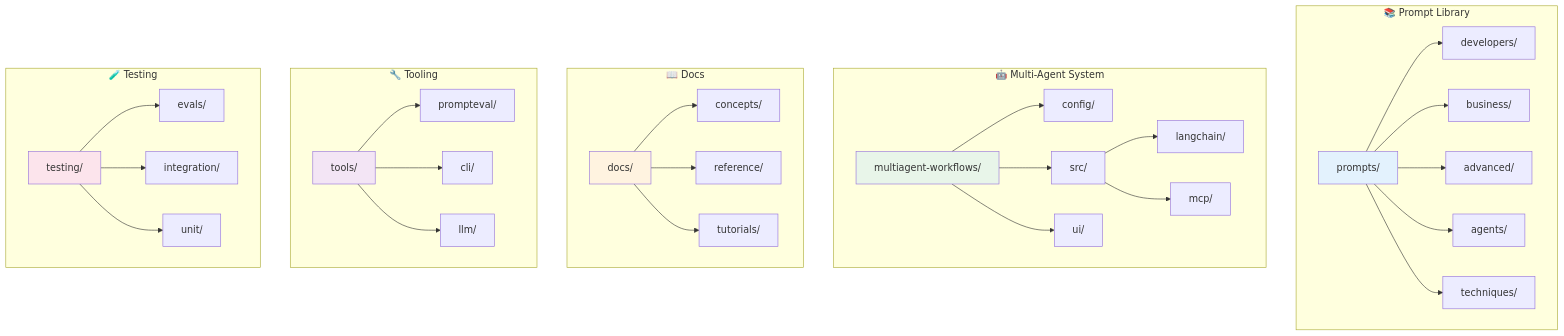
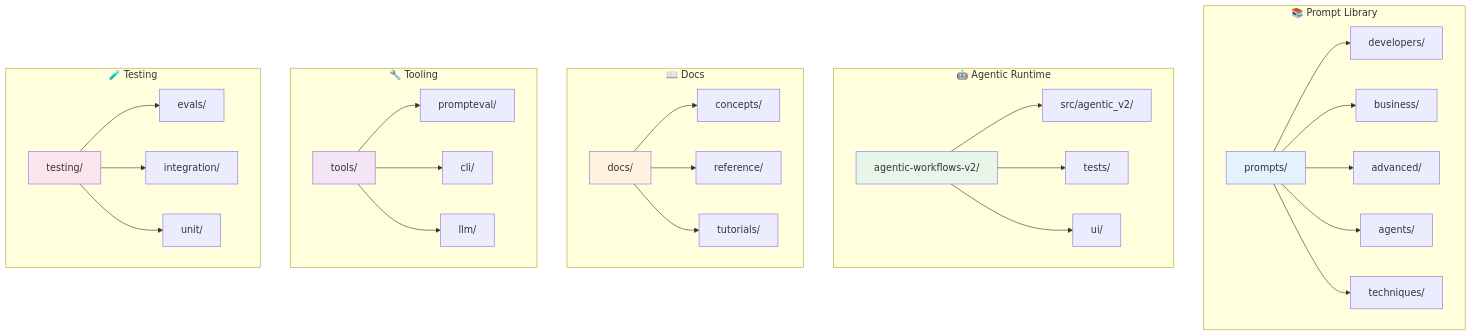
The first of 2 diagrams in README.md (tafreeman/prompts), drawn with Mermaid before and after one commit. The commit also changed other lines of this file and 566 other files, not shown here.

````diff
--- a/README.md
+++ b/README.md
@@ -211,42 +196,40 @@
 ```mermaid
 graph TB
     subgraph "📚 Prompt Library"
         A[prompts/] --> A1[developers/]
         A --> A2[business/]
         A --> A3[advanced/]
         A --> A4[agents/]
         A --> A5[techniques/]
     end
 
-    subgraph "🤖 Multi-Agent System"
-        B[multiagent-workflows/] --> B1[config/]
-        B --> B2[src/]
-        B2 --> B2a[langchain/]
-        B2 --> B2b[mcp/]
+    subgraph "🤖 Agentic Runtime"
+        B[agentic-workflows-v2/] --> B1[src/agentic_v2/]
+        B --> B2[tests/]
         B --> B3[ui/]
     end
 
     subgraph "📖 Docs"
         C[docs/] --> C1[concepts/]
         C --> C2[reference/]
         C --> C3[tutorials/]
     end
 
     subgraph "🔧 Tooling"
         D[tools/] --> D1[prompteval/]
         D --> D2[cli/]
         D --> D3[llm/]
     end
 
     subgraph "🧪 Testing"
         E[testing/] --> E1[evals/]
         E --> E2[integration/]
         E --> E3[unit/]
     end
 
     style A fill:#e3f2fd
     style B fill:#e8f5e9
     style C fill:#fff3e0
     style D fill:#f3e5f5
     style E fill:#fce4ec
 ```
````
